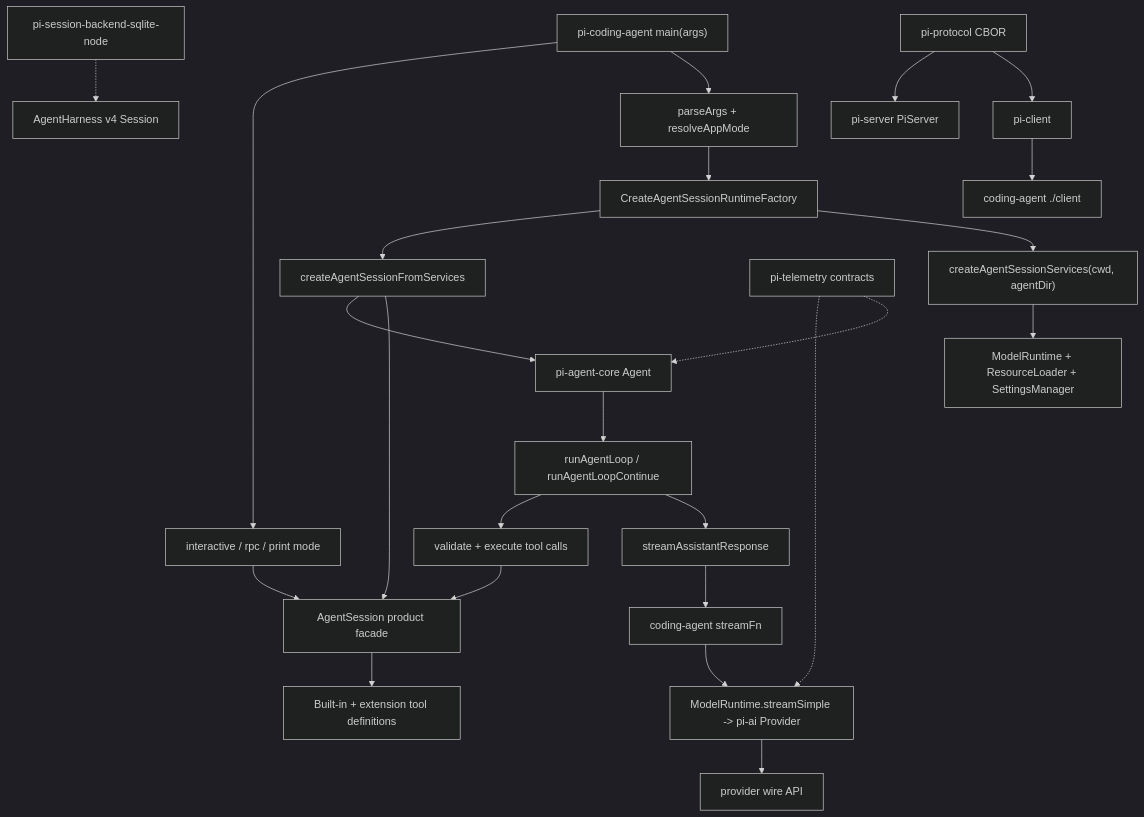
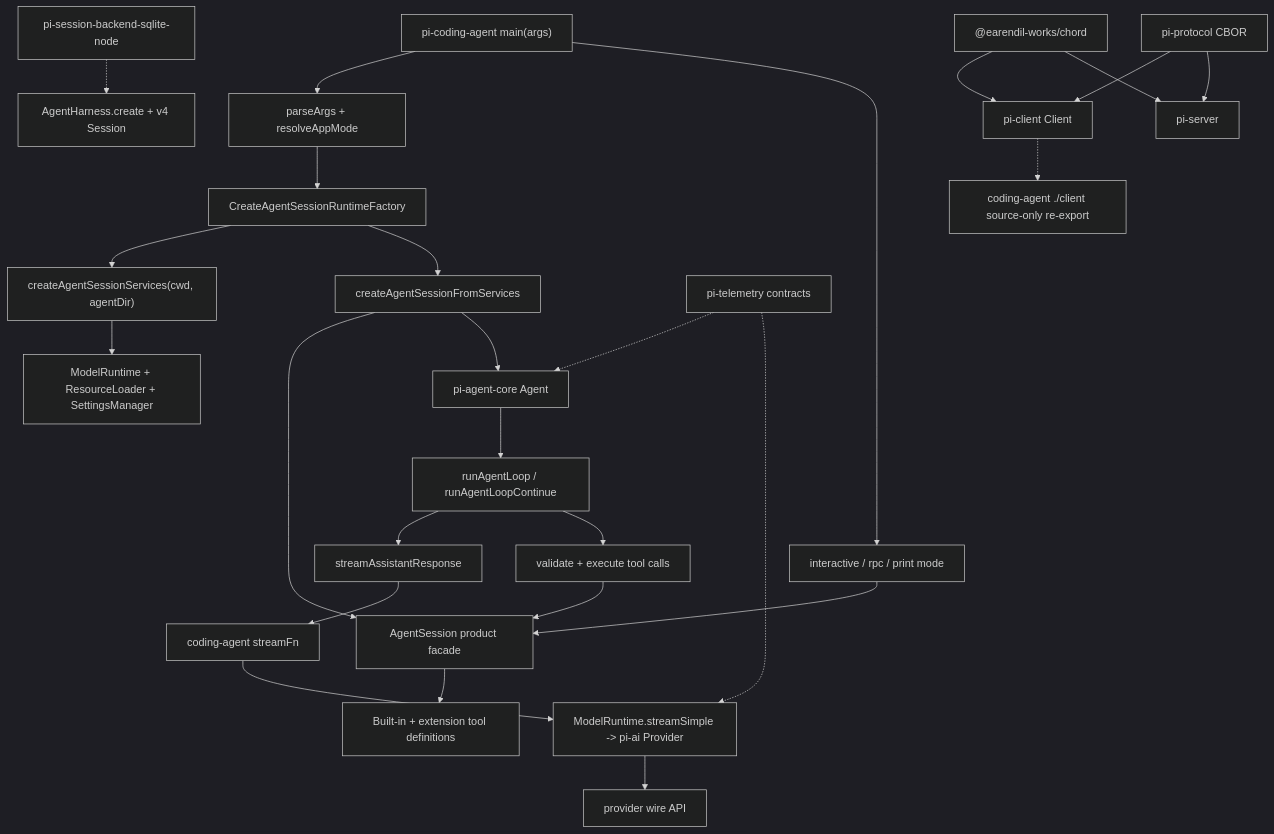
Before and after one commit to wdnmdtonyma/SOTA-Agent-LLM-Wiki: the diagram in docs/llm-wiki/pi/spine/overview.md, drawn with Mermaid (dark theme). The commit also changed other lines of this file and 213 other files, not shown here.

````diff
--- a/docs/llm-wiki/pi/spine/overview.md
+++ b/docs/llm-wiki/pi/spine/overview.md
@@ -69,26 +81,28 @@
 ```mermaid
 flowchart TD
   CLI["pi-coding-agent main(args)"] --> Parse["parseArgs + resolveAppMode"]
   Parse --> RuntimeFactory["CreateAgentSessionRuntimeFactory"]
   RuntimeFactory --> Services["createAgentSessionServices(cwd, agentDir)"]
   Services --> Registry["ModelRuntime + ResourceLoader + SettingsManager"]
   RuntimeFactory --> SDK["createAgentSessionFromServices"]
   SDK --> Session["AgentSession product facade"]
   SDK --> CoreAgent["pi-agent-core Agent"]
   Session --> ToolDefs["Built-in + extension tool definitions"]
   CoreAgent --> Loop["runAgentLoop / runAgentLoopContinue"]
   Loop --> LLM["streamAssistantResponse"]
   LLM --> StreamFn["coding-agent streamFn"]
   StreamFn --> PiAI["ModelRuntime.streamSimple -> pi-ai Provider"]
   PiAI --> Wire["provider wire API"]
   Loop --> ToolExec["validate + execute tool calls"]
   ToolExec --> Session
   CLI --> Modes["interactive / rpc / print mode"]
   Modes --> Session
   Telemetry["pi-telemetry contracts"] -.-> CoreAgent
   Telemetry -.-> PiAI
-  SQLite["pi-session-backend-sqlite-node"] -.-> Harness["AgentHarness v4 Session"]
-  Protocol["pi-protocol CBOR"] --> Client["pi-client"]
-  Protocol --> Server["pi-server PiServer"]
-  Client --> RemoteAdapter["coding-agent ./client"]
+  SQLite["pi-session-backend-sqlite-node"] -.-> Harness["AgentHarness.create + v4 Session"]
+  Chord["@earendil-works/chord"] --> Client["pi-client Client"]
+  Chord --> Server["pi-server"]
+  Protocol["pi-protocol CBOR"] --> Client
+  Protocol --> Server
+  Client -.-> Reexport["coding-agent ./client source-only re-export"]
 ```
````
